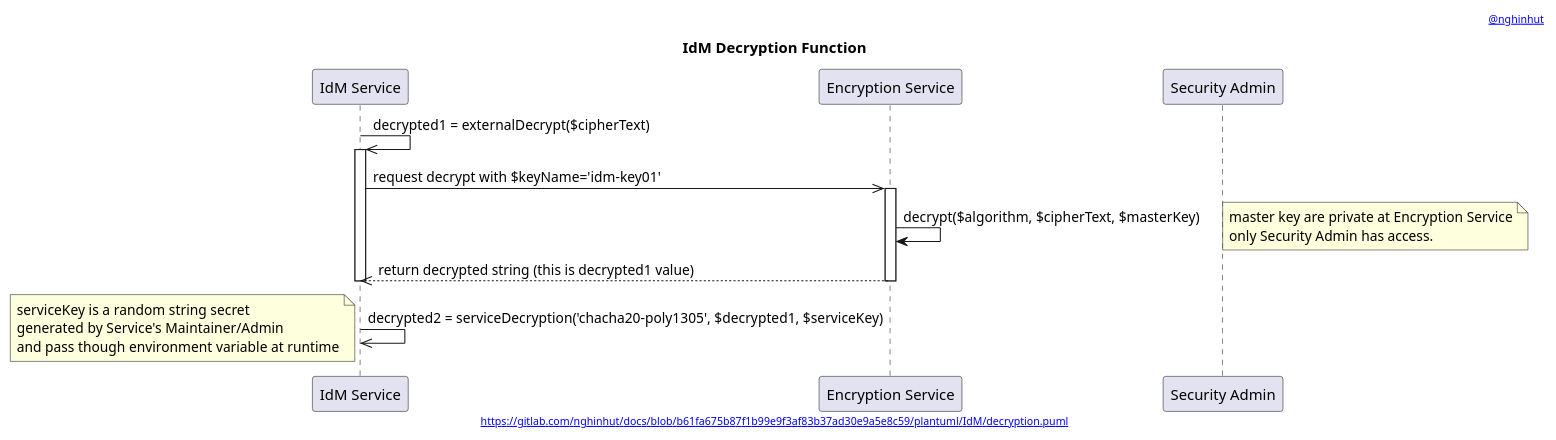
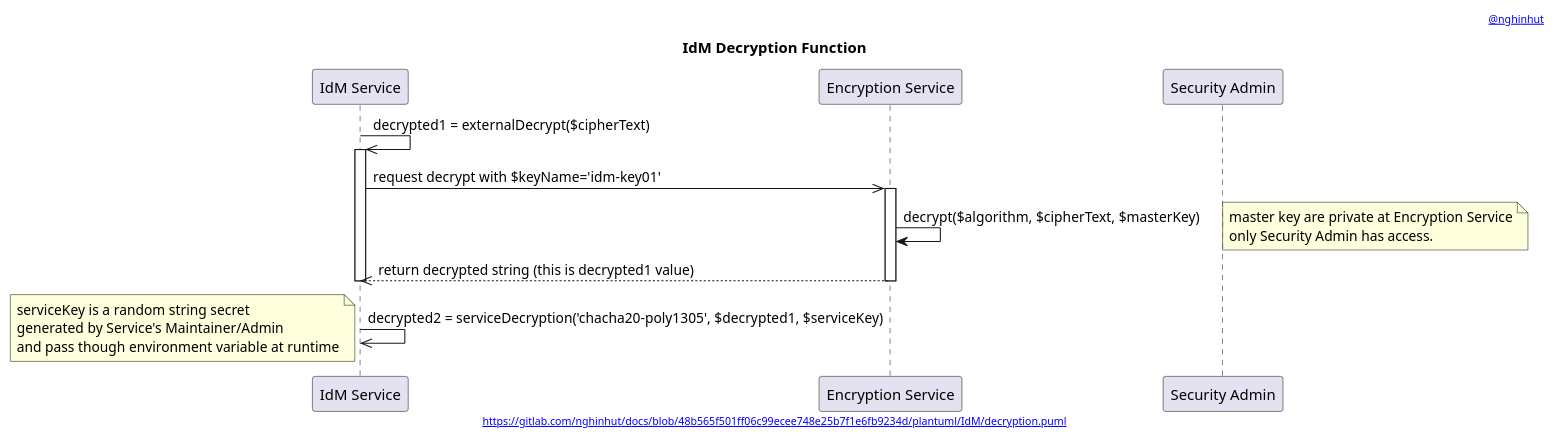
Before and after one commit to nghinhut/docs: the diagram in plantuml/IdM/decryption.function.puml, drawn with PlantUML. The commit also changed 24 other files, not shown here.

Commit message:
docs(plantuml): update headers

```diff
--- a/plantuml/IdM/decryption.function.puml
+++ b/plantuml/IdM/decryption.function.puml
@@ -1,32 +1,32 @@
 @startuml
 '-----START auto generated metadata please keep comment here to allow auto update-----
 '-----DON'T EDIT THIS SECTION, INSTEAD RE-RUN prebuild.sh TO UPDATE-----
-header [[https://www.nghinhut.dev?from=http%5C%3A%5C%2F%5C%2Fwww%5C.plantuml%5C.com%5C%2Fplantuml%5C%2Fproxy%3Ffmt%3Dsvg%5C%26src%3Dhttps%5C%3A%5C%2F%5C%2Fgitlab%5C.com%5C%2Fnghinhut%5C%2Fdocs%5C%2Fraw%5C%2Fb61fa675b87f1b99e9f3af83b37ad30e9a5e8c59%5C%2Fplantuml%5C%2FIdM%5C%2Fdecryption%5C.puml%0A @nghinhut]]
-footer [[http://www.plantuml.com/plantuml/proxy?fmt=svg&src=https://gitlab.com/nghinhut/docs/raw/b61fa675b87f1b99e9f3af83b37ad30e9a5e8c59/plantuml/IdM/decryption.puml https://gitlab.com/nghinhut/docs/blob/b61fa675b87f1b99e9f3af83b37ad30e9a5e8c59/plantuml/IdM/decryption.puml]]
+header [[https://www.nghinhut.dev?from=http%5C%3A%5C%2F%5C%2Fwww%5C.plantuml%5C.com%5C%2Fplantuml%5C%2Fproxy%3Ffmt%3Dsvg%5C%26src%3Dhttps%5C%3A%5C%2F%5C%2Fgitlab%5C.com%5C%2Fnghinhut%5C%2Fdocs%5C%2Fraw%5C%2F48b565f501ff06c99ecee748e25b7f1e6fb9234d%5C%2Fplantuml%5C%2FIdM%5C%2Fdecryption%5C.puml%0A @nghinhut]]
+footer [[http://www.plantuml.com/plantuml/proxy?fmt=svg&src=https://gitlab.com/nghinhut/docs/raw/48b565f501ff06c99ecee748e25b7f1e6fb9234d/plantuml/IdM/decryption.puml https://gitlab.com/nghinhut/docs/blob/48b565f501ff06c99ecee748e25b7f1e6fb9234d/plantuml/IdM/decryption.puml]]
 '-----END auto generated metadata please keep comment here to allow auto update-----
 title IdM Decryption Function
 participant "IdM Service" as idm
 participant "Encryption Service" as es
 participant "Security Admin" as esAdmin
 
 
 idm ->> idm : decrypted1 = externalDecrypt($cipherText)
 activate idm
     idm ->> es : request decrypt with $keyName='idm-key01'
     activate es
         es -> es : decrypt($algorithm, $cipherText, $masterKey)
         note right
             master key are private at Encryption Service
             only Security Admin has access.
         end note
         idm <<-- es : return decrypted string (this is decrypted1 value)
     deactivate es
 deactivate idm
 
 idm ->> idm : decrypted2 = serviceDecryption('chacha20-poly1305', $decrypted1, $serviceKey)
 note left
     serviceKey is a random string secret
     generated by Service's Maintainer/Admin
     and pass though environment variable at runtime
 end note
 @enduml
```
